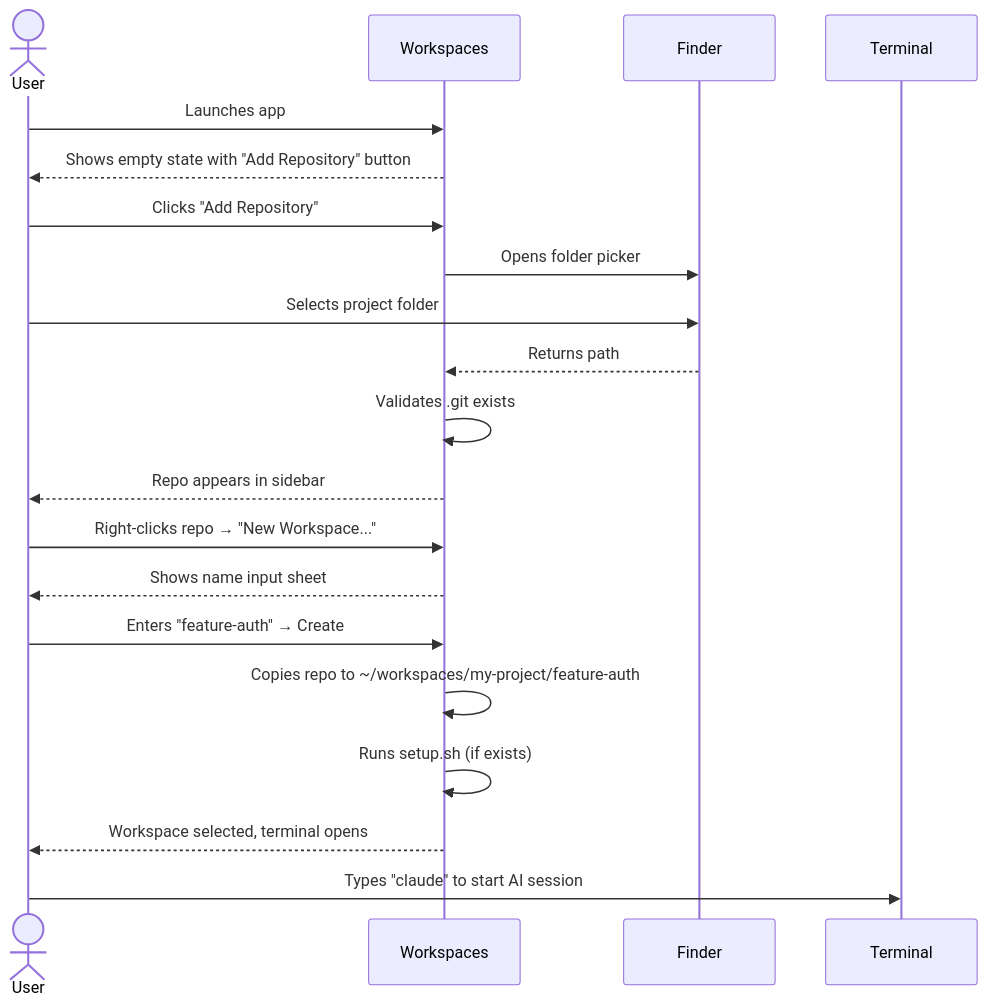
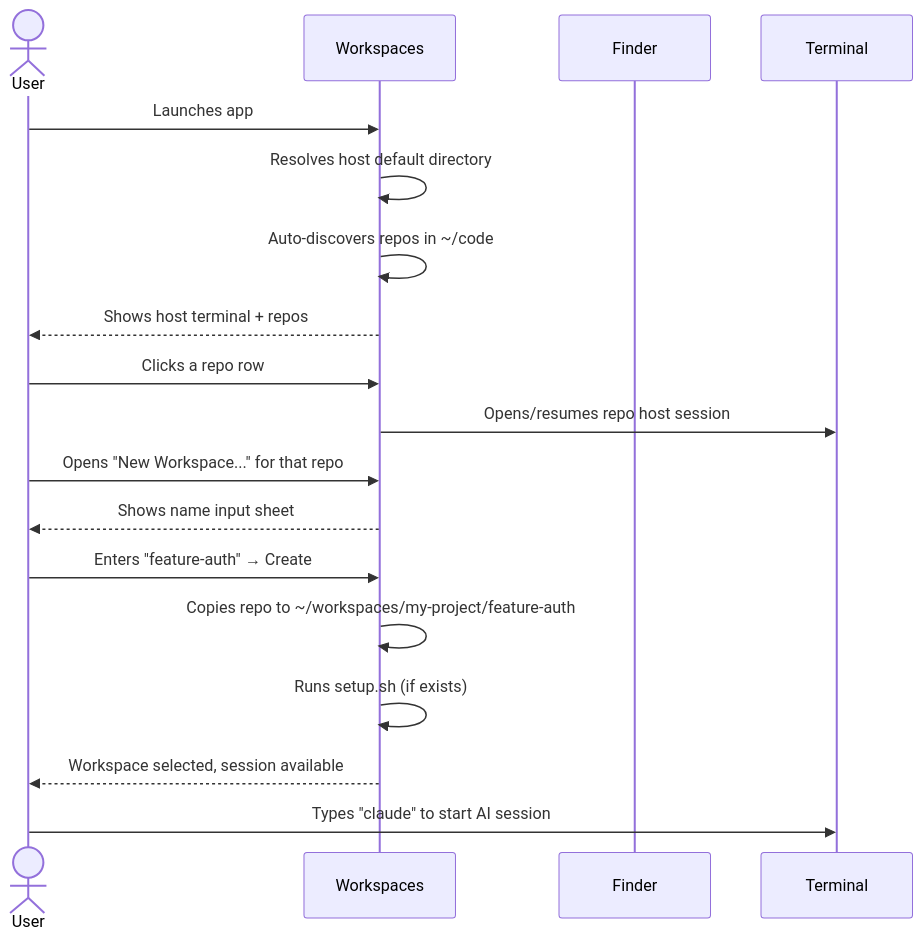
One commit to fairchild/workspaces changed the first of 5 diagrams in docs/user-stories.md. Above: the diagram before and after it, drawn with Mermaid. The commit also changed other lines of this file and 3 other files, not shown here.

Commit message:
docs: align roadmap and add refinement-performance followup

````diff
--- a/docs/user-stories.md
+++ b/docs/user-stories.md
@@ -17,23 +24,21 @@
 ```mermaid
 sequenceDiagram
     actor User
     participant App as Workspaces
     participant Finder
     participant Terminal
 
     User->>App: Launches app
-    App-->>User: Shows empty state with "Add Repository" button
-    User->>App: Clicks "Add Repository"
-    App->>Finder: Opens folder picker
-    User->>Finder: Selects project folder
-    Finder-->>App: Returns path
-    App->>App: Validates .git exists
-    App-->>User: Repo appears in sidebar
-    User->>App: Right-clicks repo → "New Workspace..."
+    App->>App: Resolves host default directory
+    App->>App: Auto-discovers repos in ~/code
+    App-->>User: Shows host terminal + repos
+    User->>App: Clicks a repo row
+    App->>Terminal: Opens/resumes repo host session
+    User->>App: Opens "New Workspace..." for that repo
     App-->>User: Shows name input sheet
     User->>App: Enters "feature-auth" → Create
     App->>App: Copies repo to ~/workspaces/my-project/feature-auth
     App->>App: Runs setup.sh (if exists)
-    App-->>User: Workspace selected, terminal opens
+    App-->>User: Workspace selected, session available
     User->>Terminal: Types "claude" to start AI session
 ```
````
